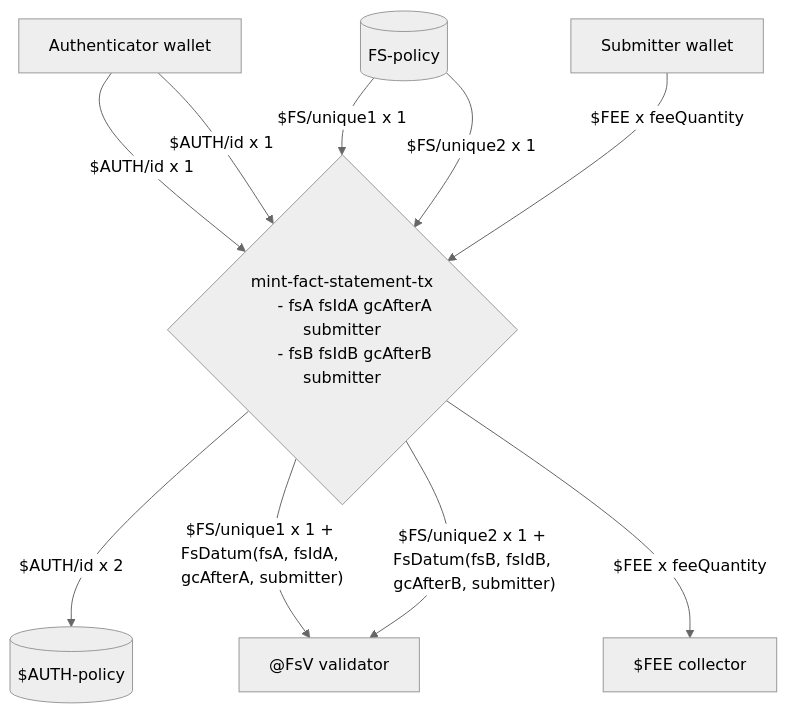
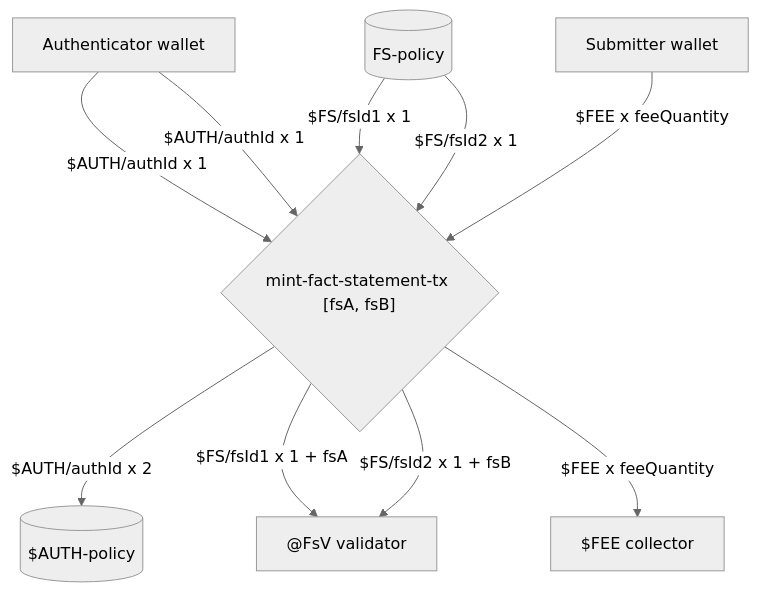
The third of 6 diagrams in coop-docs/02-onchain-architecture.md (mlabs-haskell/cardano-open-oracle-protocol), drawn with Mermaid (neutral theme) before and after one commit. The commit also changed other lines of this file, not shown here.

````diff
--- a/coop-docs/02-onchain-architecture.md
+++ b/coop-docs/02-onchain-architecture.md
@@ -109,26 +112,23 @@
 ```mermaid
 graph TD
     FsMp[("FS-policy")]
     AuthMp[("$AUTH-policy")]
     FsV["@FsV validator"]
     AuthWallet["Authenticator wallet"]
     SubmitterWallet["Submitter wallet"]
     FeeCollector["$FEE collector"]
 
-    MintFactTx{"mint-fact-statement-tx
-      - fsA fsIdA gcAfterA submitter
-      - fsB fsIdB gcAfterB submitter
-      "}
+    MintFactTx{"mint-fact-statement-tx [fsA, fsB]"}
 
-    AuthWallet -->|"$AUTH/id x 1"|MintFactTx
-    AuthWallet -->|"$AUTH/id x 1"|MintFactTx
-    MintFactTx -->|"$AUTH/id x 2"|AuthMp
+    AuthWallet -->|"$AUTH/authId x 1"|MintFactTx
+    AuthWallet -->|"$AUTH/authId x 1"|MintFactTx
+    MintFactTx -->|"$AUTH/authId x 2"|AuthMp
 
-    FsMp -->|"$FS/unique1 x 1"|MintFactTx
-    FsMp -->|"$FS/unique2 x 1"|MintFactTx
-    MintFactTx -->|"$FS/unique1 x 1 + FsDatum(fsA, fsIdA, gcAfterA, submitter)"|FsV
-    MintFactTx -->|"$FS/unique2 x 1 + FsDatum(fsB, fsIdB, gcAfterB, submitter)"|FsV
+    FsMp -->|"$FS/fsId1 x 1"|MintFactTx
+    FsMp -->|"$FS/fsId2 x 1"|MintFactTx
+    MintFactTx -->|"$FS/fsId1 x 1 + fsA"|FsV
+    MintFactTx -->|"$FS/fsId2 x 1 + fsB"|FsV
 
     SubmitterWallet -->|"$FEE x feeQuantity"|MintFactTx
     MintFactTx -->|"$FEE x feeQuantity"|FeeCollector
 ```
````
